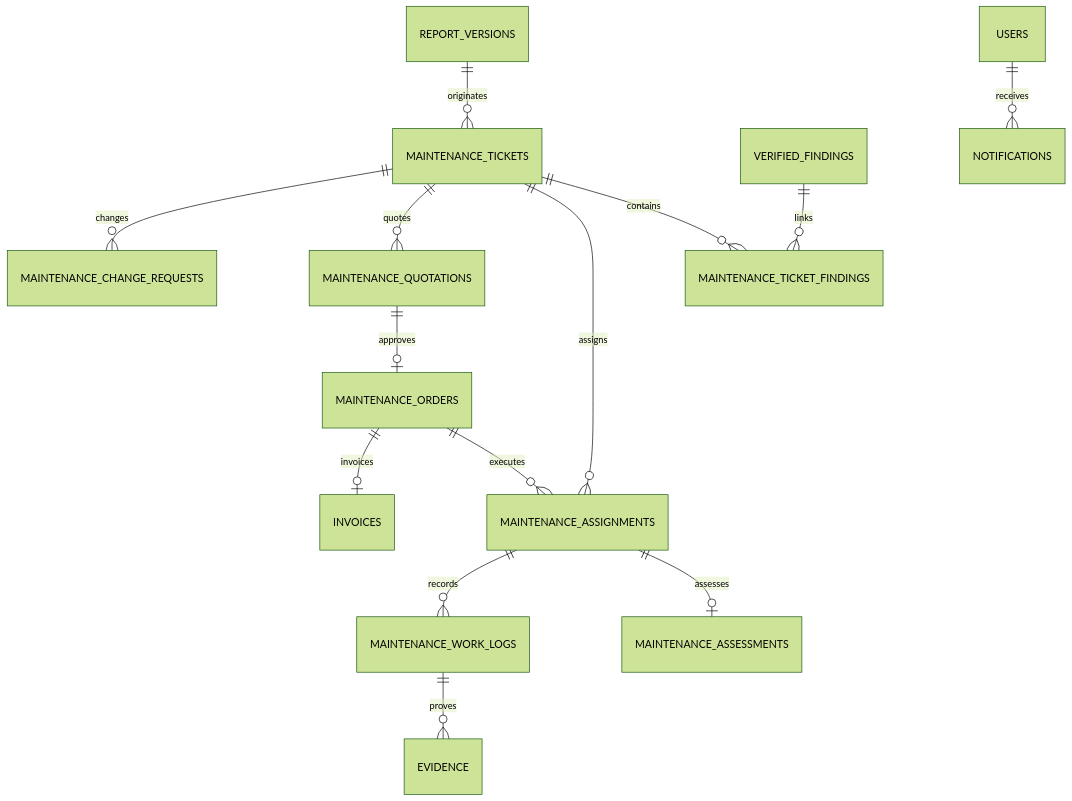
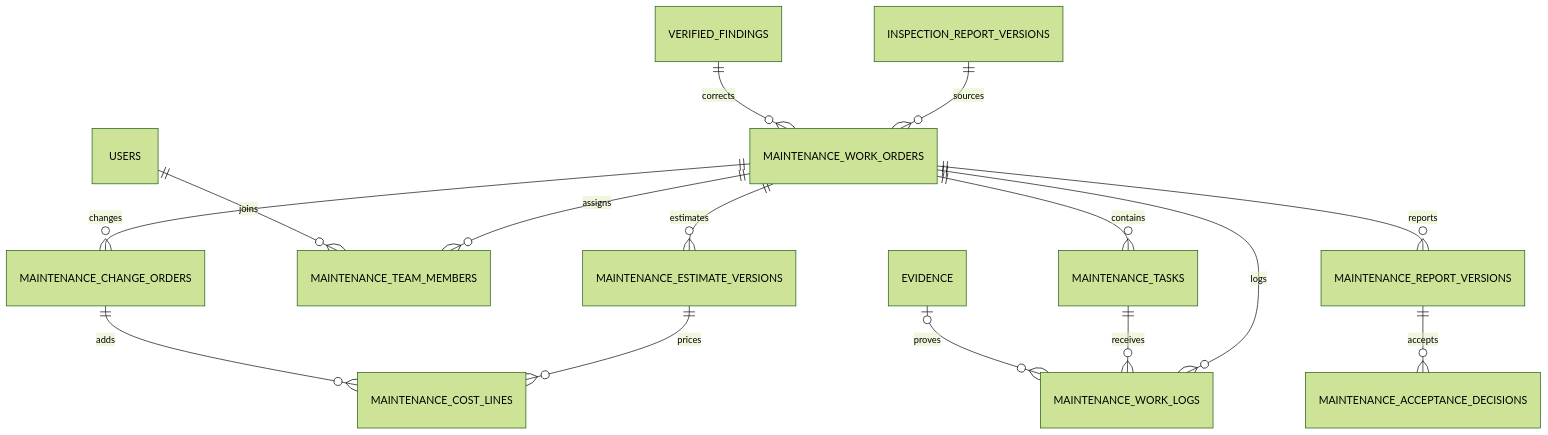
One commit to tungbach12/SmartDroneInspection-Docs changed the third of 3 diagrams in project-reference/database-design.md. Above: the diagram before and after it, drawn with Mermaid (forest theme). The commit also changed other lines of this file and 39 other files, not shown here.

````diff
--- a/project-reference/database-design.md
+++ b/project-reference/database-design.md
@@ -133,16 +151,17 @@
 ```mermaid
 erDiagram
-    REPORT_VERSIONS ||--o{ MAINTENANCE_TICKETS : originates
-    MAINTENANCE_TICKETS ||--o{ MAINTENANCE_TICKET_FINDINGS : contains
-    VERIFIED_FINDINGS ||--o{ MAINTENANCE_TICKET_FINDINGS : links
-    MAINTENANCE_TICKETS ||--o{ MAINTENANCE_ASSIGNMENTS : assigns
-    MAINTENANCE_ASSIGNMENTS ||--o| MAINTENANCE_ASSESSMENTS : assesses
-    MAINTENANCE_TICKETS ||--o{ MAINTENANCE_QUOTATIONS : quotes
-    MAINTENANCE_QUOTATIONS ||--o| MAINTENANCE_ORDERS : approves
-    MAINTENANCE_ORDERS ||--o{ MAINTENANCE_ASSIGNMENTS : executes
-    MAINTENANCE_ASSIGNMENTS ||--o{ MAINTENANCE_WORK_LOGS : records
-    MAINTENANCE_WORK_LOGS ||--o{ EVIDENCE : proves
-    MAINTENANCE_TICKETS ||--o{ MAINTENANCE_CHANGE_REQUESTS : changes
-    MAINTENANCE_ORDERS ||--o| INVOICES : invoices
-    USERS ||--o{ NOTIFICATIONS : receives
+    INSPECTION_REPORT_VERSIONS ||--o{ MAINTENANCE_WORK_ORDERS : sources
+    VERIFIED_FINDINGS ||--o{ MAINTENANCE_WORK_ORDERS : corrects
+    MAINTENANCE_WORK_ORDERS ||--o{ MAINTENANCE_TASKS : contains
+    MAINTENANCE_WORK_ORDERS ||--o{ MAINTENANCE_TEAM_MEMBERS : assigns
+    USERS ||--o{ MAINTENANCE_TEAM_MEMBERS : joins
+    MAINTENANCE_WORK_ORDERS ||--o{ MAINTENANCE_ESTIMATE_VERSIONS : estimates
+    MAINTENANCE_ESTIMATE_VERSIONS ||--o{ MAINTENANCE_COST_LINES : prices
+    MAINTENANCE_WORK_ORDERS ||--o{ MAINTENANCE_CHANGE_ORDERS : changes
+    MAINTENANCE_CHANGE_ORDERS ||--o{ MAINTENANCE_COST_LINES : adds
+    MAINTENANCE_WORK_ORDERS ||--o{ MAINTENANCE_WORK_LOGS : logs
+    MAINTENANCE_TASKS ||--o{ MAINTENANCE_WORK_LOGS : receives
+    MAINTENANCE_WORK_ORDERS ||--o{ MAINTENANCE_REPORT_VERSIONS : reports
+    MAINTENANCE_REPORT_VERSIONS ||--o{ MAINTENANCE_ACCEPTANCE_DECISIONS : accepts
+    EVIDENCE o|--o{ MAINTENANCE_WORK_LOGS : proves
 ```
````
